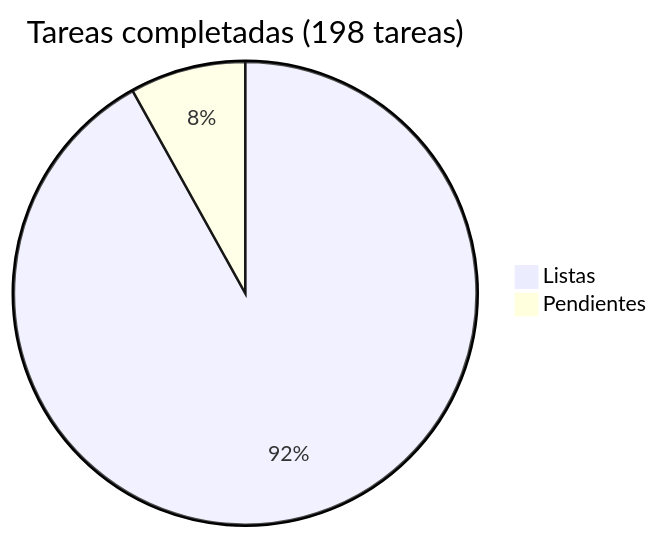
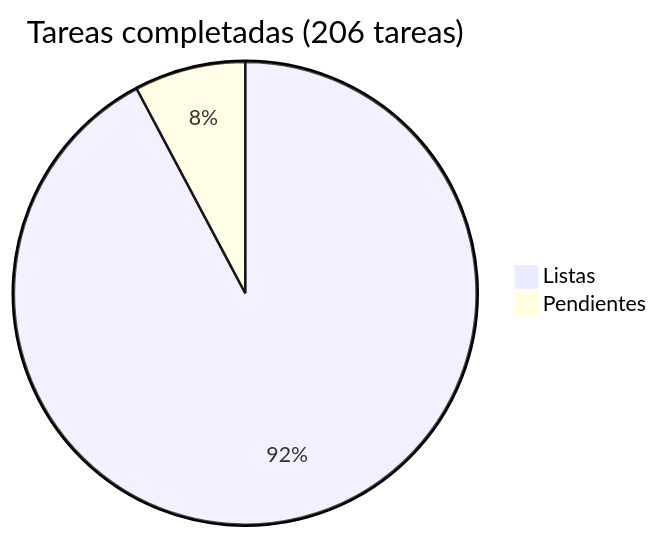
The diagram in docs/roadmap/README.md (araguaney-lat/araguaney), drawn with Mermaid before and after one commit. The commit also changed other lines of this file and 19 other files, not shown here.

First line of the commit message:
feat: Phase 9 reports — campaign analytics with charts and world map

````diff
--- a/docs/roadmap/README.md
+++ b/docs/roadmap/README.md
@@ -5,5 +5,5 @@
 ```mermaid
-pie title Tareas completadas (198 tareas)
-    "Listas" : 182
+pie title Tareas completadas (206 tareas)
+    "Listas" : 190
     "Pendientes" : 16
 ```
````
